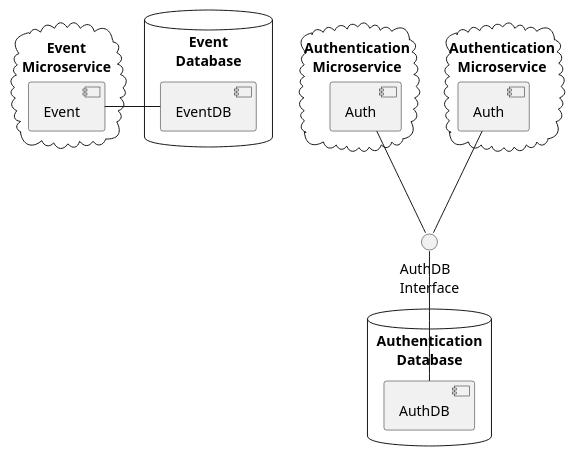
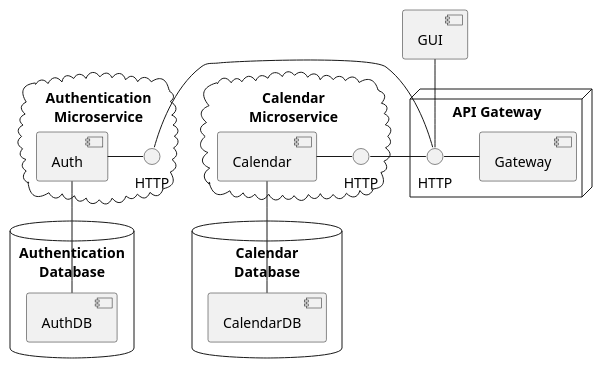
The diagram in architecture.pu (LarsDeLeeuw/DS2024-2), drawn with PlantUML before and after one commit. The commit also changed 16 other files, not shown here.

```diff
--- a/architecture.pu
+++ b/architecture.pu
@@ -1,26 +1,31 @@
 @startuml "Architecture"
 
 cloud "Authentication\nMicroservice" as AS1 {
     [Auth] as AS1A
+    () "HTTP" as AS1I
+    AS1A - AS1I
 }
 database "Authentication\nDatabase" {
     [AuthDB]
 }
 
-cloud "Event\nMicroservice" {
-    [Event]
-}
-database "Event\nDatabase" {
-    [EventDB]
-}
-cloud "Authentication\nMicroservice" as AS2 {
-    [Auth] as AS2A
+cloud "Calendar\nMicroservice" AS CS1 {
+    [Calendar] as CS1C
+    () "HTTP" as CS1I
+    CS1C - CS1I
 }
 
-() "AuthDB\nInterface" as ADBI
-AS2A -- ADBI
-AS1A -- ADBI
-ADBI -- [AuthDB]
-[Event] - [EventDB]
+database "Calendar\nDatabase" {
+    [CalendarDB]
+}
+node "API Gateway" {
+    () "HTTP" as AGI
+    AGI - [Gateway]
+}
 
+AS1A -- [AuthDB]
+CS1C -- [CalendarDB]
+AGI - AS1I
+AGI - CS1I
+[GUI] -- AGI
 @enduml
```
